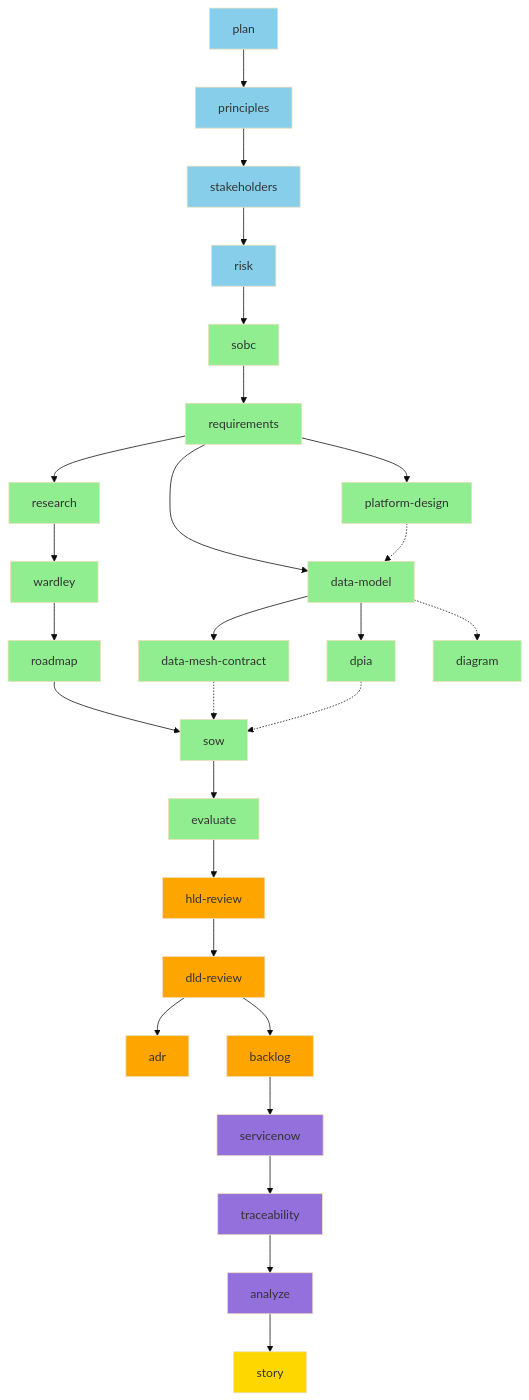
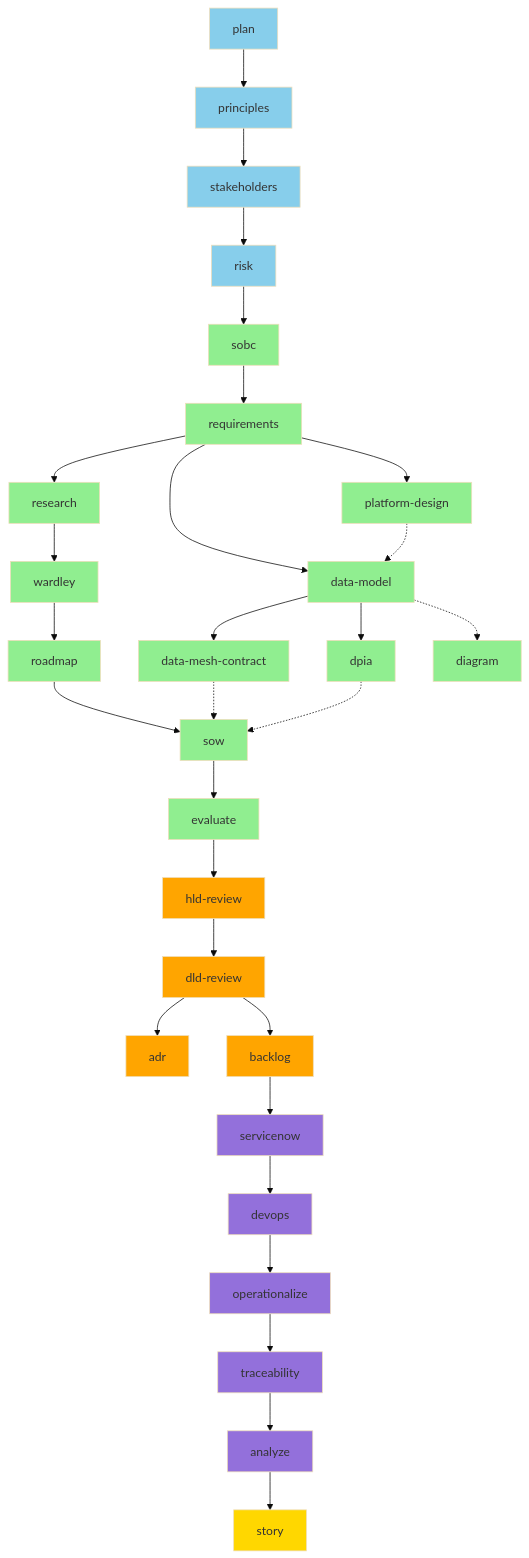
Before and after one commit to tractorjuice/arc-kit: the first of 9 diagrams in WORKFLOW-DIAGRAMS.md, drawn with Mermaid (base theme). The commit also changed other lines of this file and 17 other files, not shown here.

First line of the commit message:
feat: add devops, mlops, and operationalize commands

````diff
--- a/WORKFLOW-DIAGRAMS.md
+++ b/WORKFLOW-DIAGRAMS.md
@@ -21,69 +21,73 @@
 ```mermaid
 graph TD
     %% Tier 0-1: Foundation
     A[plan] --> B[principles]
     B --> C[stakeholders]
     C --> D[risk]
 
     %% Tier 2-3: Business Case & Requirements
     D --> E[sobc]
     E --> F[requirements]
 
     %% Tier 4: Strategy & Design
     F --> G[platform-design]
     F --> H[data-model]
     G -.-> H
     H --> I[data-mesh-contract]
     H --> J[dpia]
     F --> K[research]
     K --> L[wardley]
     L --> M[roadmap]
     H -.-> N[diagram]
 
     %% Tier 5: Procurement
     M --> O[sow]
     I -.-> O
     J -.-> O
     O --> P[evaluate]
 
     %% Tier 6: Design Reviews
     P --> Q[hld-review]
     Q --> R[dld-review]
     R --> S[adr]
 
     %% Tier 7: Implementation
     R --> T[backlog]
 
     %% Tier 8-9: Operations & Quality
     T --> U[servicenow]
-    U --> V[traceability]
+    U --> U1[devops]
+    U1 --> U2[operationalize]
+    U2 --> V[traceability]
     V --> W[analyze]
 
     %% Tier 11: Reporting
     W --> X[story]
 
     style A fill:#87CEEB
     style B fill:#87CEEB
     style C fill:#87CEEB
     style D fill:#87CEEB
     style E fill:#90EE90
     style F fill:#90EE90
     style G fill:#90EE90
     style H fill:#90EE90
     style I fill:#90EE90
     style J fill:#90EE90
     style K fill:#90EE90
     style L fill:#90EE90
     style M fill:#90EE90
     style N fill:#90EE90
     style O fill:#90EE90
     style P fill:#90EE90
     style Q fill:#FFA500
     style R fill:#FFA500
     style S fill:#FFA500
     style T fill:#FFA500
     style U fill:#9370DB
+    style U1 fill:#9370DB
+    style U2 fill:#9370DB
     style V fill:#9370DB
     style W fill:#9370DB
     style X fill:#FFD700
 ```
````
